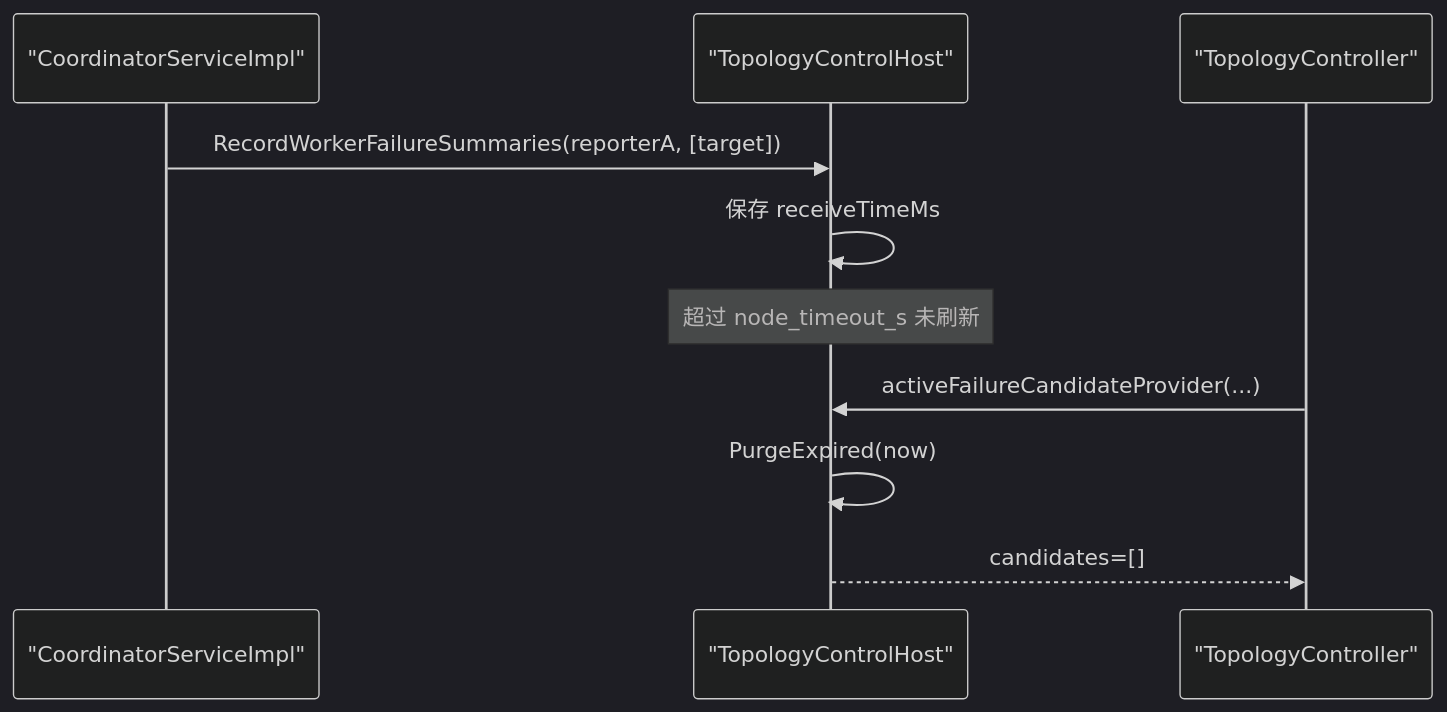
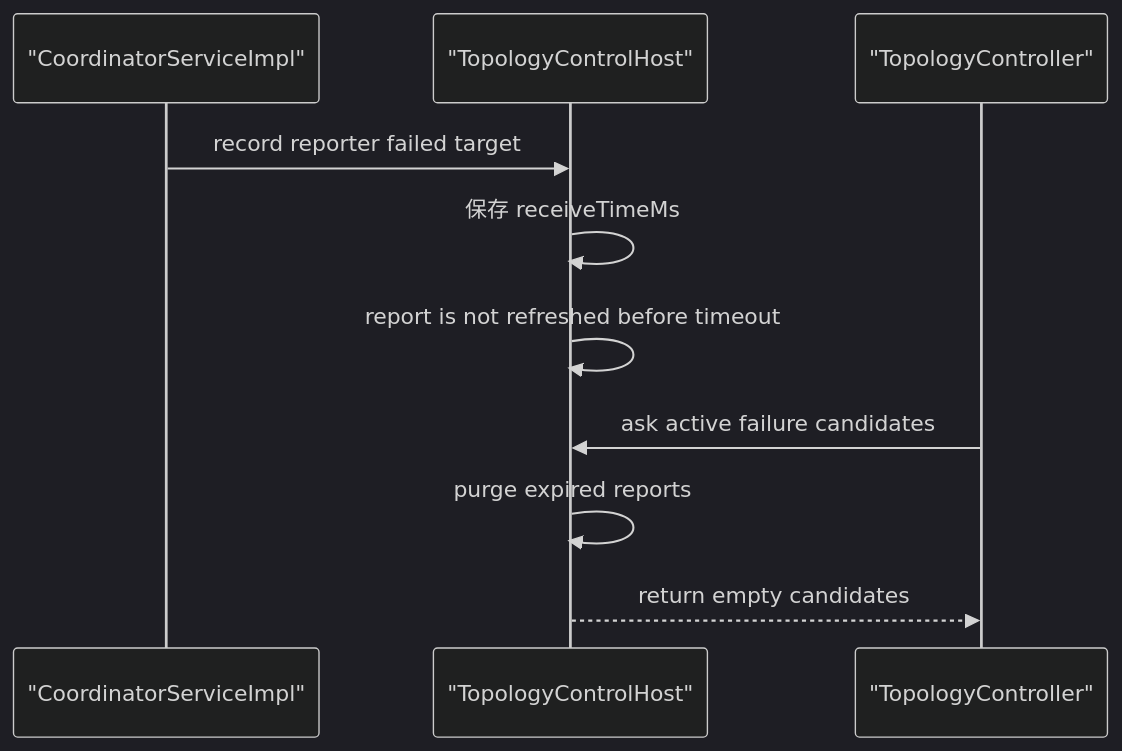
The third of 5 diagrams in rfc/2026-08-04-client-fast-failover-isolation/detailed-design.md (CheYulin/yuanrong-datasystem-agent-workbench), drawn with Mermaid (dark theme) before and after one commit. The commit also changed other lines of this file and 3 other files, not shown here.

````diff
--- a/rfc/2026-08-04-client-fast-failover-isolation/detailed-design.md
+++ b/rfc/2026-08-04-client-fast-failover-isolation/detailed-design.md
@@ -279,13 +279,13 @@
 ```mermaid
 sequenceDiagram
     participant S as "CoordinatorServiceImpl"
     participant H as "TopologyControlHost"
     participant T as "TopologyController"
 
-    S->>H: RecordWorkerFailureSummaries(reporterA, [target])
+    S->>H: record reporter failed target
     H->>H: 保存 receiveTimeMs
-    Note over H: 超过 node_timeout_s 未刷新
-    T->>H: activeFailureCandidateProvider(...)
-    H->>H: PurgeExpired(now)
-    H-->>T: candidates=[]
+    H->>H: report is not refreshed before timeout
+    T->>H: ask active failure candidates
+    H->>H: purge expired reports
+    H-->>T: return empty candidates
 ```
````
